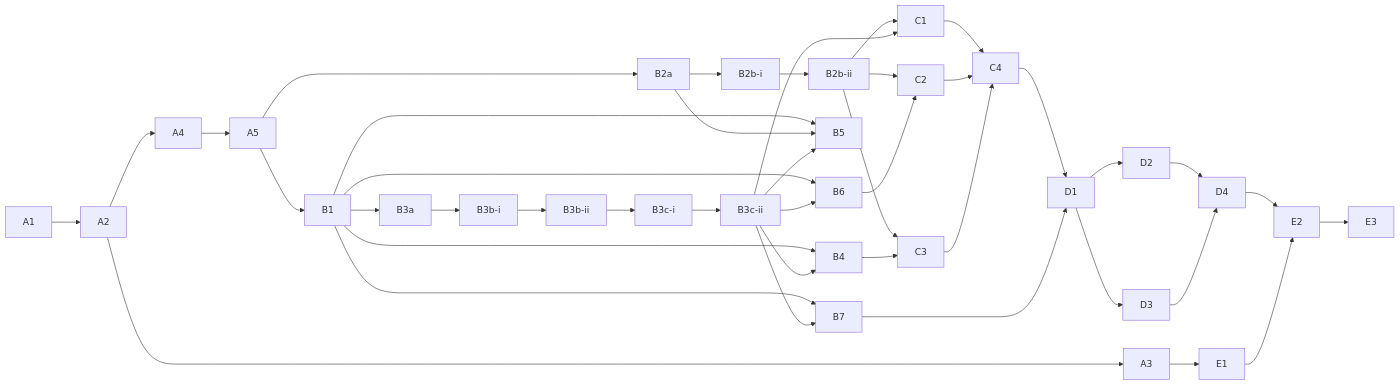
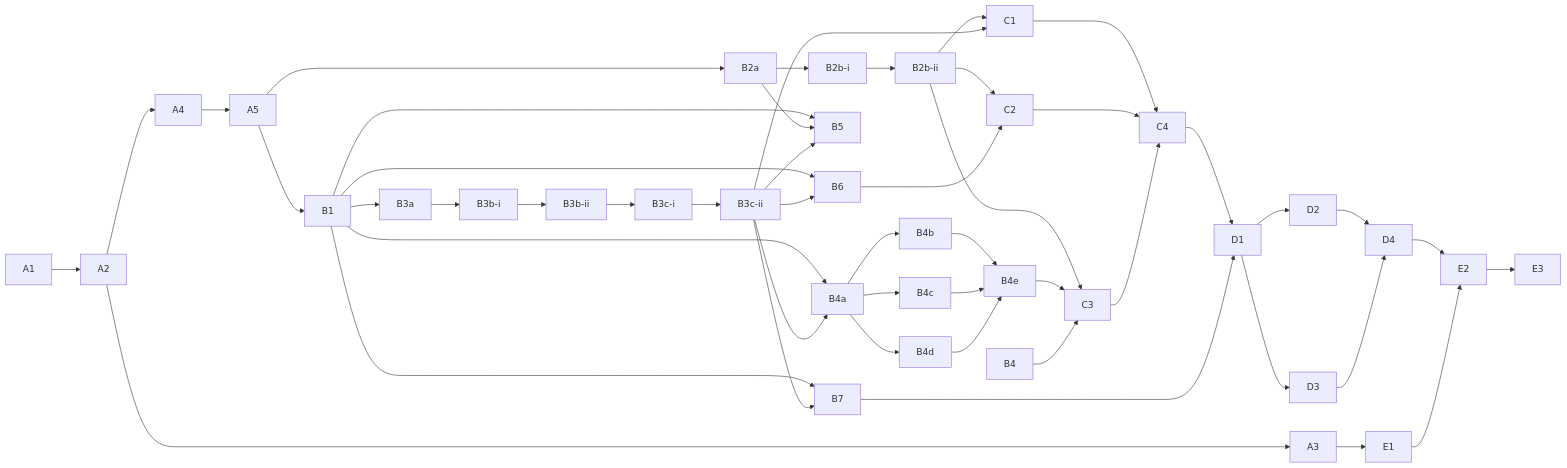
The diagram in tasks/BACKLOG.md (andreavadacchino/cPanel_self-migration), drawn with Mermaid before and after one commit. The commit also changed other lines of this file and 13 other files, not shown here.

````diff
--- a/tasks/BACKLOG.md
+++ b/tasks/BACKLOG.md
@@ -102,36 +126,43 @@
 ```mermaid
 graph LR
   A1-->A2
   A2-->A3
   A2-->A4-->A5
   A5-->B1
   A5-->B2a-->B2b-i-->B2b-ii
   B1-->B3a-->B3b-i-->B3b-ii-->B3c-i-->B3c-ii
-  B1-->B4
-  B3c-ii-->B4
+  B1-->B4a
+  B3c-ii-->B4a
+  B4a-->B4b
+  B4a-->B4c
+  B4a-->B4d
+  B4b-->B4e
+  B4c-->B4e
+  B4d-->B4e
   B1-->B5
   B2a-->B5
   B3c-ii-->B5
   B1-->B6
   B3c-ii-->B6
   B1-->B7
   B3c-ii-->B7
   B2b-ii-->C1
   B3c-ii-->C1
   B2b-ii-->C2
   B6-->C2
   B2b-ii-->C3
+  B4e-->C3
   B4-->C3
   C1-->C4
   C2-->C4
   C3-->C4
   C4-->D1
   B7-->D1
   D1-->D2
   D1-->D3
   D2-->D4
   D3-->D4
   A3-->E1
   D4-->E2
   E1-->E2-->E3
 ```
````
